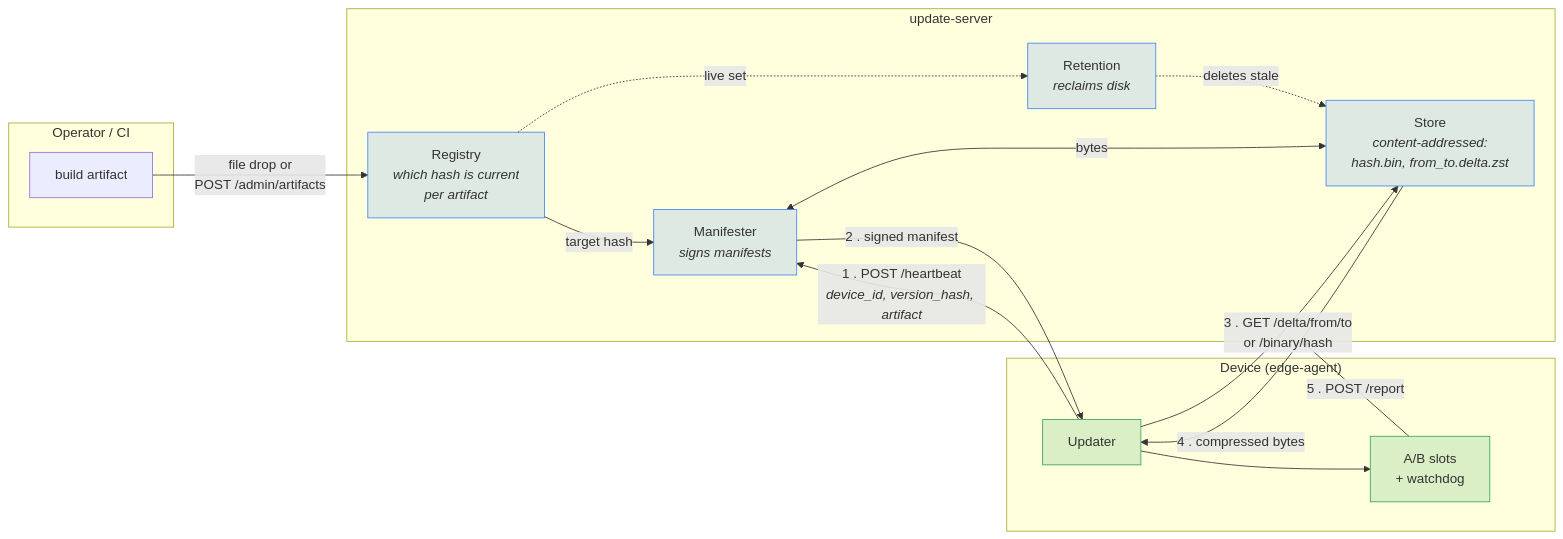
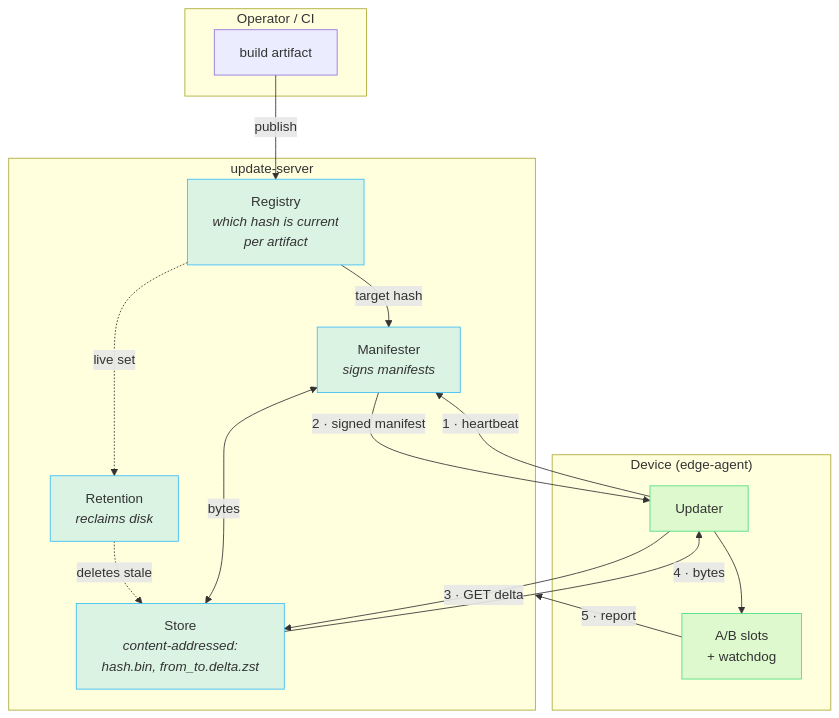
The diagram in site/content/_index.md (carlosprados/ota-updater), drawn with Mermaid before and after one commit. The commit also changed 17 other files, not shown here.

````diff
--- a/site/content/_index.md
+++ b/site/content/_index.md
@@ -30,36 +30,36 @@
 ```mermaid
-flowchart LR
+flowchart TB
     subgraph OPS["Operator / CI"]
         BUILD["build artifact"]
     end
 
     subgraph SERVER["update-server"]
         REG["Registry<br/><i>which hash is current<br/>per artifact</i>"]
         STORE["Store<br/><i>content-addressed:<br/>hash.bin, from_to.delta.zst</i>"]
         MAN["Manifester<br/><i>signs manifests</i>"]
         RET["Retention<br/><i>reclaims disk</i>"]
     end
 
     subgraph DEVICE["Device (edge-agent)"]
         UPD["Updater"]
         SLOTS["A/B slots<br/>+ watchdog"]
     end
 
-    BUILD -->|"file drop or<br/>POST /admin/artifacts"| REG
+    BUILD -->|"publish"| REG
     REG -->|"target hash"| MAN
     STORE <-->|"bytes"| MAN
     REG -.->|"live set"| RET
     RET -.->|"deletes stale"| STORE
 
-    UPD -->|"1 . POST /heartbeat<br/><i>device_id, version_hash, artifact</i>"| MAN
-    MAN -->|"2 . signed manifest"| UPD
-    UPD -->|"3 . GET /delta/from/to<br/>or /binary/hash"| STORE
-    STORE -->|"4 . compressed bytes"| UPD
+    UPD -->|"1 · heartbeat"| MAN
+    MAN -->|"2 · signed manifest"| UPD
+    UPD -->|"3 · GET delta"| STORE
+    STORE -->|"4 · bytes"| UPD
     UPD --> SLOTS
-    SLOTS -->|"5 . POST /report"| SERVER
+    SLOTS -->|"5 · report"| SERVER
 
-    classDef srv fill:#4285f42e,stroke:#4285f4,stroke-width:1px
-    classDef dev fill:#34a8532e,stroke:#34a853,stroke-width:1px
+    classDef srv fill:#38bdf82e,stroke:#38bdf8,stroke-width:1px
+    classDef dev fill:#4ade802e,stroke:#4ade80,stroke-width:1px
     class REG,STORE,MAN,RET srv
     class UPD,SLOTS dev
 ```
````
